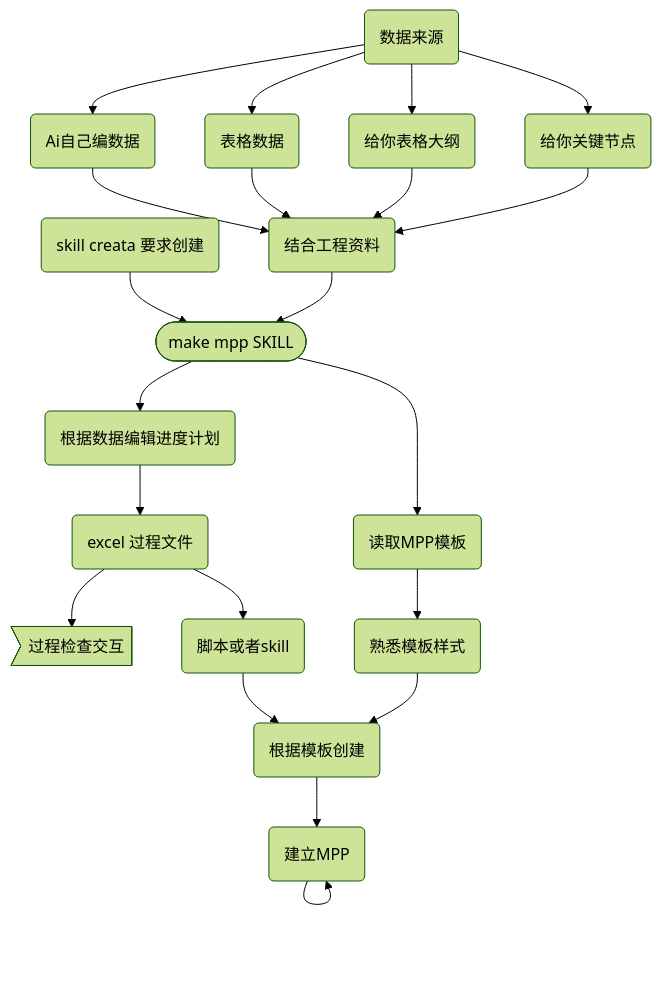
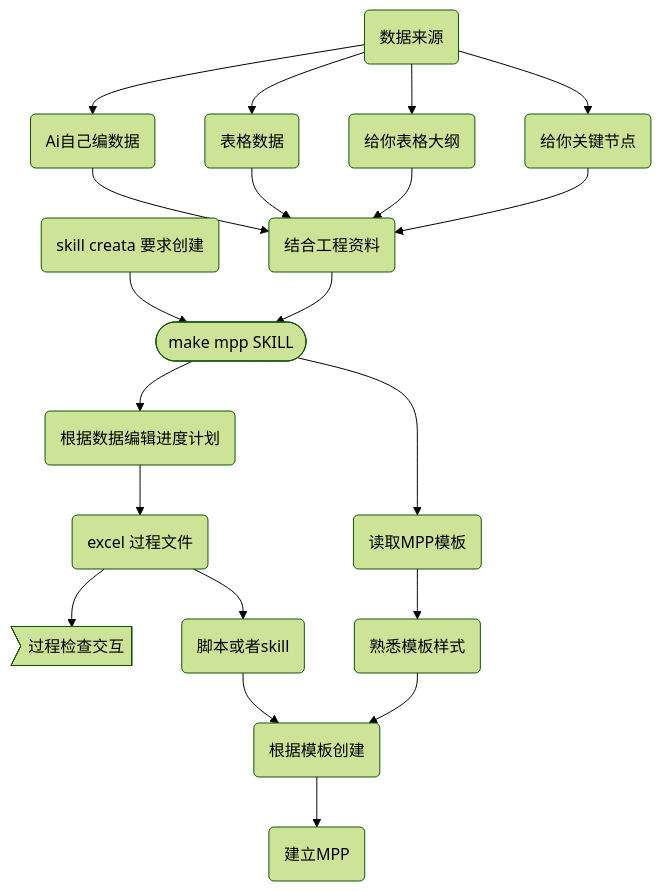
One commit to fireflysss/mermaid-notes changed the diagram in notes/进度MMP skill (local)_289c8ca6-dc65-4f5d-8e6f-773a3c6cc0dc.md. Above: the diagram before and after it, drawn with Mermaid (forest theme). The commit also changed 3 other files, not shown here.

Commit message:
Sync Mermaid Studio data (11 diagrams)

````diff
--- a/notes/进度MMP skill (local)_289c8ca6-dc65-4f5d-8e6f-773a3c6cc0dc.md
+++ b/notes/进度MMP skill (local)_289c8ca6-dc65-4f5d-8e6f-773a3c6cc0dc.md
@@ -3,40 +3,39 @@
 ```mermaid
 flowchart TD
   n_0(["make mpp SKILL"])
   n_1("数据来源")
   n_2("skill  creata 要求创建")
   n_3("Ai自己编数据")
   n_4("表格数据")
   n_5("建立MPP")
   n_6("给你表格大纲")
   n_7("给你关键节点")
   n_8("结合工程资料")
   n_9("excel 过程文件")
   n_10("根据数据编辑进度计划")
   n_11>"过程检查交互"]
   n_12("脚本或者skill")
   n_13("读取MPP模板")
   n_14("根据模板创建")
   n_15("熟悉模板样式")
   n_2 --> n_0
   n_1 --> n_3
   n_1 --> n_4
   n_1 --> n_6
   n_1 --> n_7
   n_3 --> n_8
   n_4 --> n_8
   n_6 --> n_8
   n_7 --> n_8
   n_8 --> n_0
   n_0 --> n_10
   n_10 --> n_9
   n_9 --> n_11
   n_0 --> n_13
   n_12 --> n_14
   n_14 --> n_5
-  n_5 --> n_5
   n_13 --> n_15
   n_9 --> n_12
   n_15 --> n_14
 
 ```
````
